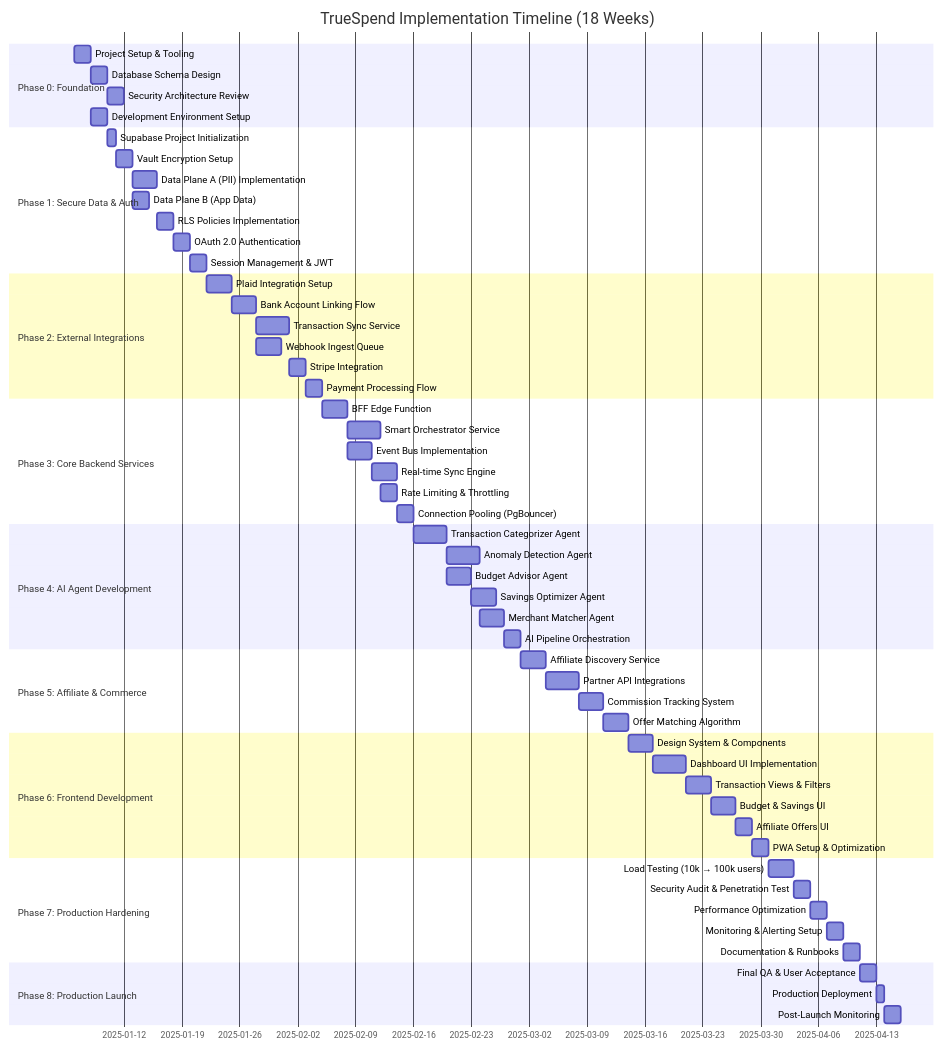
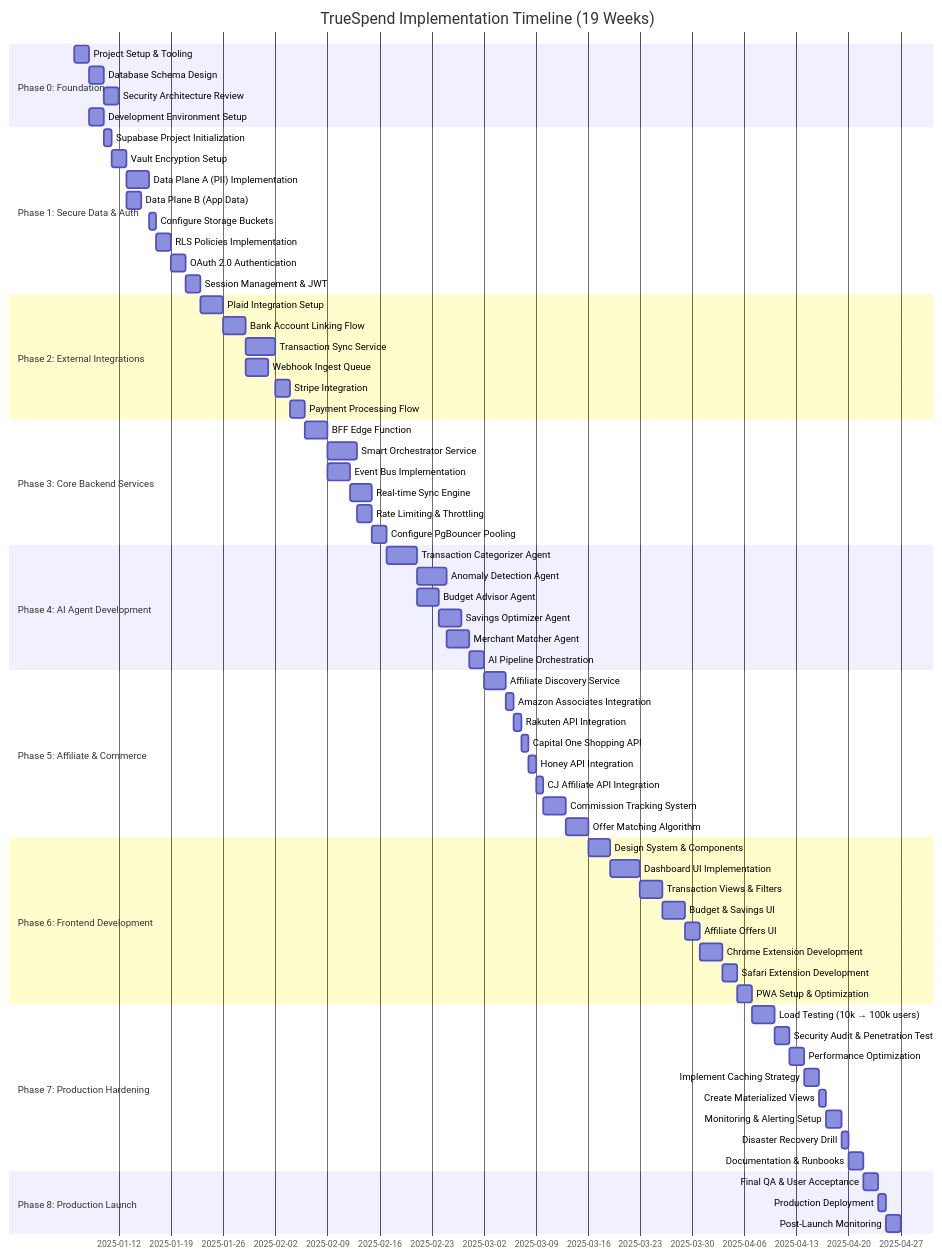
The first of 2 diagrams in docs/architecture/implementation-timeline-v2.0.md (dev-Truespend/true-spend-spark), drawn with Mermaid before and after one commit. The commit also changed other lines of this file, not shown here.

First line of the commit message:
Update timeline for blueprint alignment

````diff
--- a/docs/architecture/implementation-timeline-v2.0.md
+++ b/docs/architecture/implementation-timeline-v2.0.md
@@ -35,70 +35,80 @@
 ```mermaid
 gantt
-    title TrueSpend Implementation Timeline (18 Weeks)
+    title TrueSpend Implementation Timeline (19 Weeks)
     dateFormat YYYY-MM-DD
     
     section Phase 0: Foundation
     Project Setup & Tooling           :p0_1, 2025-01-06, 2d
     Database Schema Design            :p0_2, after p0_1, 2d
     Security Architecture Review      :p0_3, after p0_2, 2d
     Development Environment Setup     :p0_4, after p0_1, 2d
     
     section Phase 1: Secure Data & Auth
     Supabase Project Initialization   :p1_1, after p0_4, 1d
     Vault Encryption Setup            :p1_2, after p1_1, 2d
     Data Plane A (PII) Implementation :p1_3, after p1_2, 3d
     Data Plane B (App Data)           :p1_4, after p1_2, 2d
-    RLS Policies Implementation       :p1_5, after p1_3, 2d
-    OAuth 2.0 Authentication          :p1_6, after p1_5, 2d
-    Session Management & JWT          :p1_7, after p1_6, 2d
+    Configure Storage Buckets         :p1_5, after p1_3, 1d
+    RLS Policies Implementation       :p1_6, after p1_5, 2d
+    OAuth 2.0 Authentication          :p1_7, after p1_6, 2d
+    Session Management & JWT          :p1_8, after p1_7, 2d
     
     section Phase 2: External Integrations
-    Plaid Integration Setup           :p2_1, after p1_7, 3d
+    Plaid Integration Setup           :p2_1, after p1_8, 3d
     Bank Account Linking Flow         :p2_2, after p2_1, 3d
     Transaction Sync Service          :p2_3, after p2_2, 4d
     Webhook Ingest Queue              :p2_4, after p2_2, 3d
     Stripe Integration                :p2_5, after p2_3, 2d
     Payment Processing Flow           :p2_6, after p2_5, 2d
     
     section Phase 3: Core Backend Services
     BFF Edge Function                 :p3_1, after p2_6, 3d
     Smart Orchestrator Service        :p3_2, after p3_1, 4d
     Event Bus Implementation          :p3_3, after p3_1, 3d
     Real-time Sync Engine             :p3_4, after p3_3, 3d
     Rate Limiting & Throttling        :p3_5, after p3_2, 2d
-    Connection Pooling (PgBouncer)    :p3_6, after p3_4, 2d
+    Configure PgBouncer Pooling       :p3_6, after p3_4, 2d
     
     section Phase 4: AI Agent Development
     Transaction Categorizer Agent     :p4_1, after p3_6, 4d
     Anomaly Detection Agent           :p4_2, after p4_1, 4d
     Budget Advisor Agent              :p4_3, after p4_1, 3d
     Savings Optimizer Agent           :p4_4, after p4_3, 3d
     Merchant Matcher Agent            :p4_5, after p4_2, 3d
     AI Pipeline Orchestration         :p4_6, after p4_5, 2d
     
     section Phase 5: Affiliate & Commerce
     Affiliate Discovery Service       :p5_1, after p4_6, 3d
-    Partner API Integrations          :p5_2, after p5_1, 4d
-    Commission Tracking System        :p5_3, after p5_2, 3d
-    Offer Matching Algorithm          :p5_4, after p5_3, 3d
+    Amazon Associates Integration     :p5_2, after p5_1, 1d
+    Rakuten API Integration           :p5_3, after p5_2, 1d
+    Capital One Shopping API          :p5_4, after p5_3, 1d
+    Honey API Integration             :p5_5, after p5_4, 1d
+    CJ Affiliate API Integration      :p5_6, after p5_5, 1d
+    Commission Tracking System        :p5_7, after p5_6, 3d
+    Offer Matching Algorithm          :p5_8, after p5_7, 3d
     
     section Phase 6: Frontend Development
-    Design System & Components        :p6_1, after p5_4, 3d
+    Design System & Components        :p6_1, after p5_8, 3d
     Dashboard UI Implementation       :p6_2, after p6_1, 4d
     Transaction Views & Filters       :p6_3, after p6_2, 3d
     Budget & Savings UI               :p6_4, after p6_3, 3d
     Affiliate Offers UI               :p6_5, after p6_4, 2d
-    PWA Setup & Optimization          :p6_6, after p6_5, 2d
+    Chrome Extension Development      :p6_6, after p6_5, 3d
+    Safari Extension Development      :p6_7, after p6_6, 2d
+    PWA Setup & Optimization          :p6_8, after p6_7, 2d
     
     section Phase 7: Production Hardening
-    Load Testing (10k → 100k users)   :p7_1, after p6_6, 3d
+    Load Testing (10k → 100k users)   :p7_1, after p6_8, 3d
     Security Audit & Penetration Test :p7_2, after p7_1, 2d
     Performance Optimization          :p7_3, after p7_2, 2d
-    Monitoring & Alerting Setup       :p7_4, after p7_3, 2d
-    Documentation & Runbooks          :p7_5, after p7_4, 2d
+    Implement Caching Strategy        :p7_4, after p7_3, 2d
+    Create Materialized Views         :p7_5, after p7_4, 1d
+    Monitoring & Alerting Setup       :p7_6, after p7_5, 2d
+    Disaster Recovery Drill           :p7_7, after p7_6, 1d
+    Documentation & Runbooks          :p7_8, after p7_7, 2d
     
     section Phase 8: Production Launch
-    Final QA & User Acceptance        :p8_1, after p7_5, 2d
+    Final QA & User Acceptance        :p8_1, after p7_8, 2d
     Production Deployment             :p8_2, after p8_1, 1d
     Post-Launch Monitoring            :p8_3, after p8_2, 2d
 ```
````
